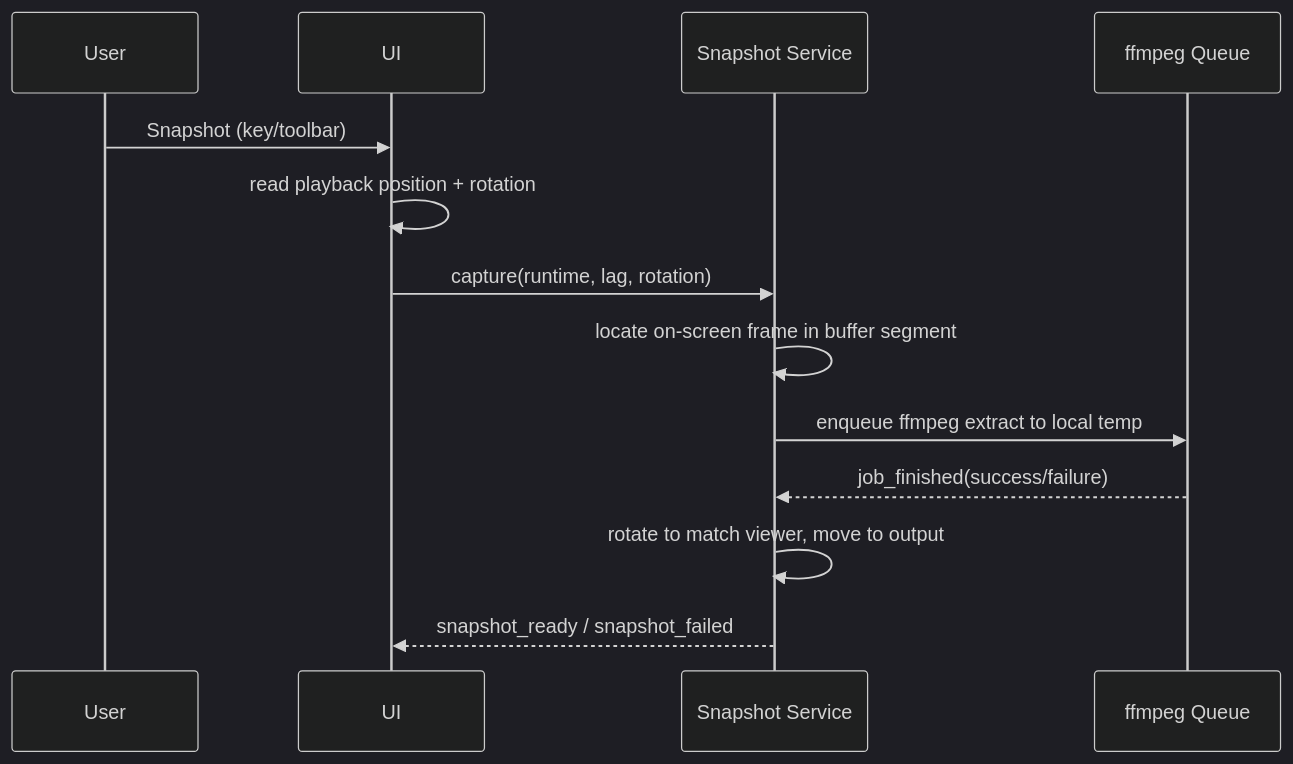
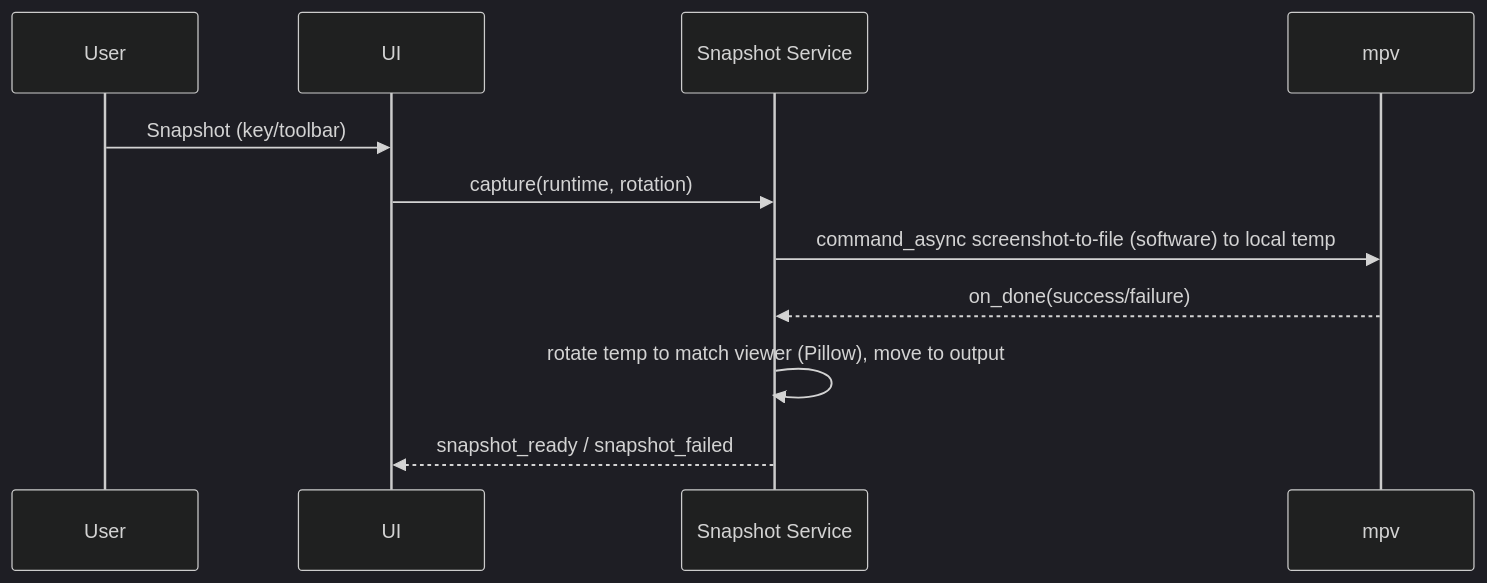
The fourth of 5 diagrams in doc/runtime-workflows.md (tarzasai/clippiti), drawn with Mermaid (dark theme) before and after one commit. The commit also changed other lines of this file and 23 other files, not shown here.

````diff
--- a/doc/runtime-workflows.md
+++ b/doc/runtime-workflows.md
@@ -67,16 +67,14 @@
 ```mermaid
 sequenceDiagram
     participant User
     participant UI
     participant Snap as Snapshot Service
-    participant Queue as ffmpeg Queue
+    participant MPV as mpv
 
     User->>UI: Snapshot (key/toolbar)
-    UI->>UI: read playback position + rotation
-    UI->>Snap: capture(runtime, lag, rotation)
-    Snap->>Snap: locate on-screen frame in buffer segment
-    Snap->>Queue: enqueue ffmpeg extract to local temp
-    Queue-->>Snap: job_finished(success/failure)
-    Snap->>Snap: rotate to match viewer, move to output
+    UI->>Snap: capture(runtime, rotation)
+    Snap->>MPV: command_async screenshot-to-file (software) to local temp
+    MPV-->>Snap: on_done(success/failure)
+    Snap->>Snap: rotate temp to match viewer (Pillow), move to output
     Snap-->>UI: snapshot_ready / snapshot_failed
 ```
````
